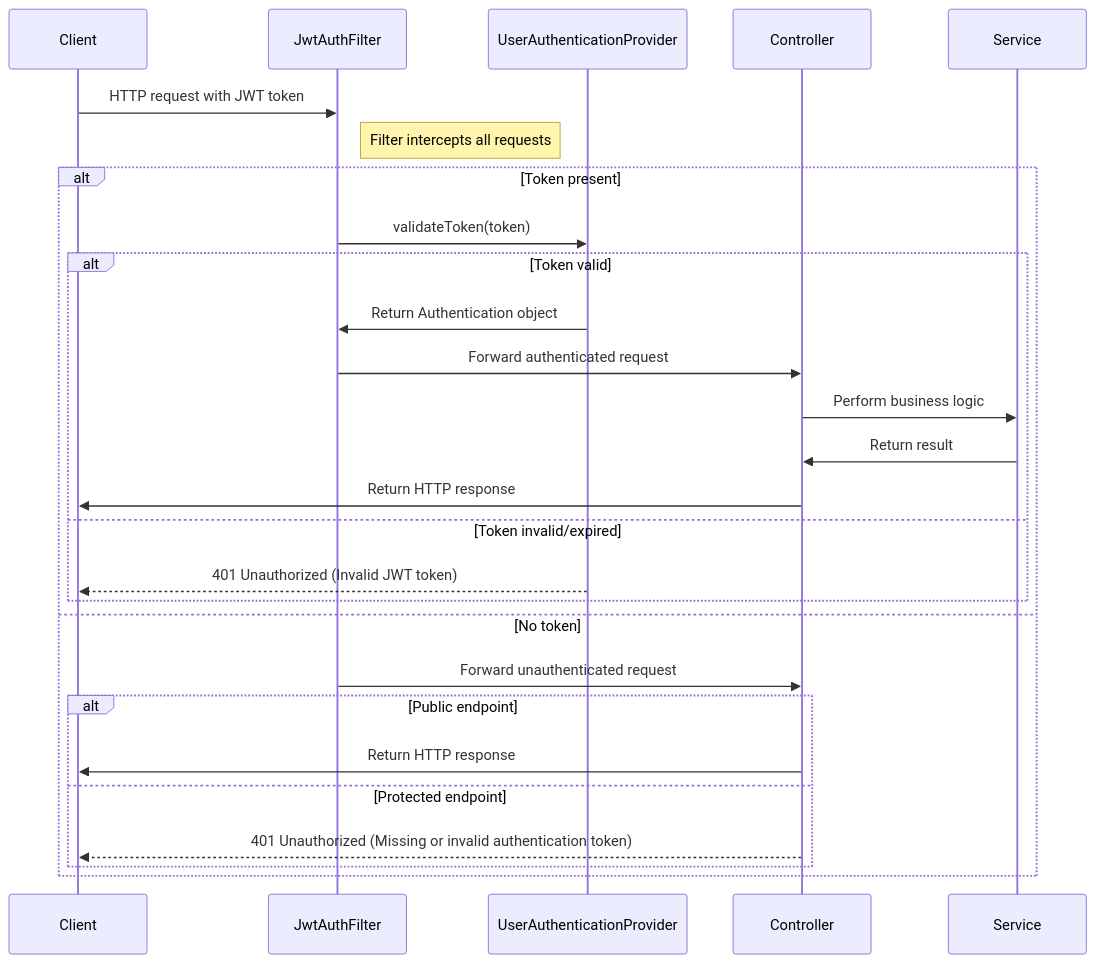
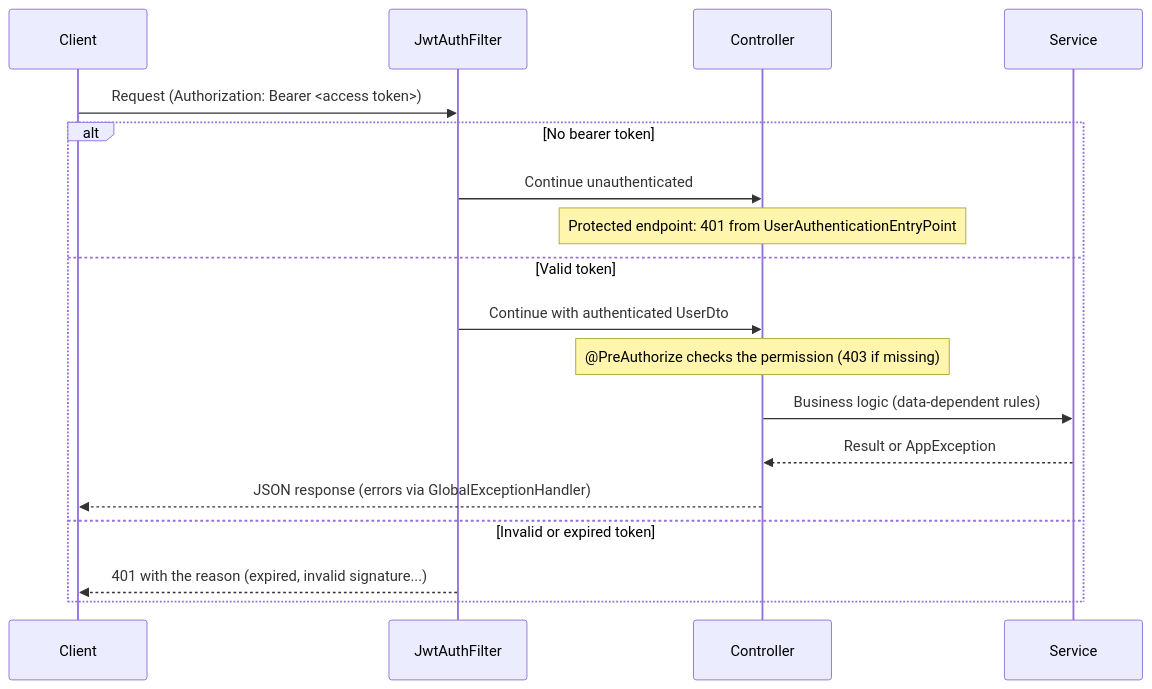
Before and after one commit to OrifInformatique/spring-auth: the second of 4 diagrams in docs/process-documentation.md, drawn with Mermaid. The commit also changed other lines of this file and 5 other files, not shown here.

````diff
--- a/docs/process-documentation.md
+++ b/docs/process-documentation.md
@@ -162,33 +182,21 @@
 ```mermaid
 sequenceDiagram
     participant Client
     participant JwtAuthFilter
-    participant UserAuthenticationProvider
     participant Controller
     participant Service
 
-    Client->>JwtAuthFilter: HTTP request with JWT token
-    note right of JwtAuthFilter: Filter intercepts all requests
-    
-    alt Token present
-        JwtAuthFilter->>UserAuthenticationProvider: validateToken(token)
-        
-        alt Token valid
-            UserAuthenticationProvider->>JwtAuthFilter: Return Authentication object
-            JwtAuthFilter->>Controller: Forward authenticated request
-            Controller->>Service: Perform business logic
-            Service->>Controller: Return result
-            Controller->>Client: Return HTTP response
-        else Token invalid/expired
-            UserAuthenticationProvider-->>Client: 401 Unauthorized (Invalid JWT token)
-        end
-    else No token
-        JwtAuthFilter->>Controller: Forward unauthenticated request
-        
-        alt Public endpoint
-            Controller->>Client: Return HTTP response
-        else Protected endpoint
-            Controller-->>Client: 401 Unauthorized (Missing or invalid authentication token)
-        end
+    Client->>JwtAuthFilter: Request (Authorization: Bearer <access token>)
+    alt No bearer token
+        JwtAuthFilter->>Controller: Continue unauthenticated
+        Note over Controller: Protected endpoint: 401 from UserAuthenticationEntryPoint
+    else Valid token
+        JwtAuthFilter->>Controller: Continue with authenticated UserDto
+        Note over Controller: @PreAuthorize checks the permission (403 if missing)
+        Controller->>Service: Business logic (data-dependent rules)
+        Service-->>Controller: Result or AppException
+        Controller-->>Client: JSON response (errors via GlobalExceptionHandler)
+    else Invalid or expired token
+        JwtAuthFilter-->>Client: 401 with the reason (expired, invalid signature...)
     end
 ```
````
